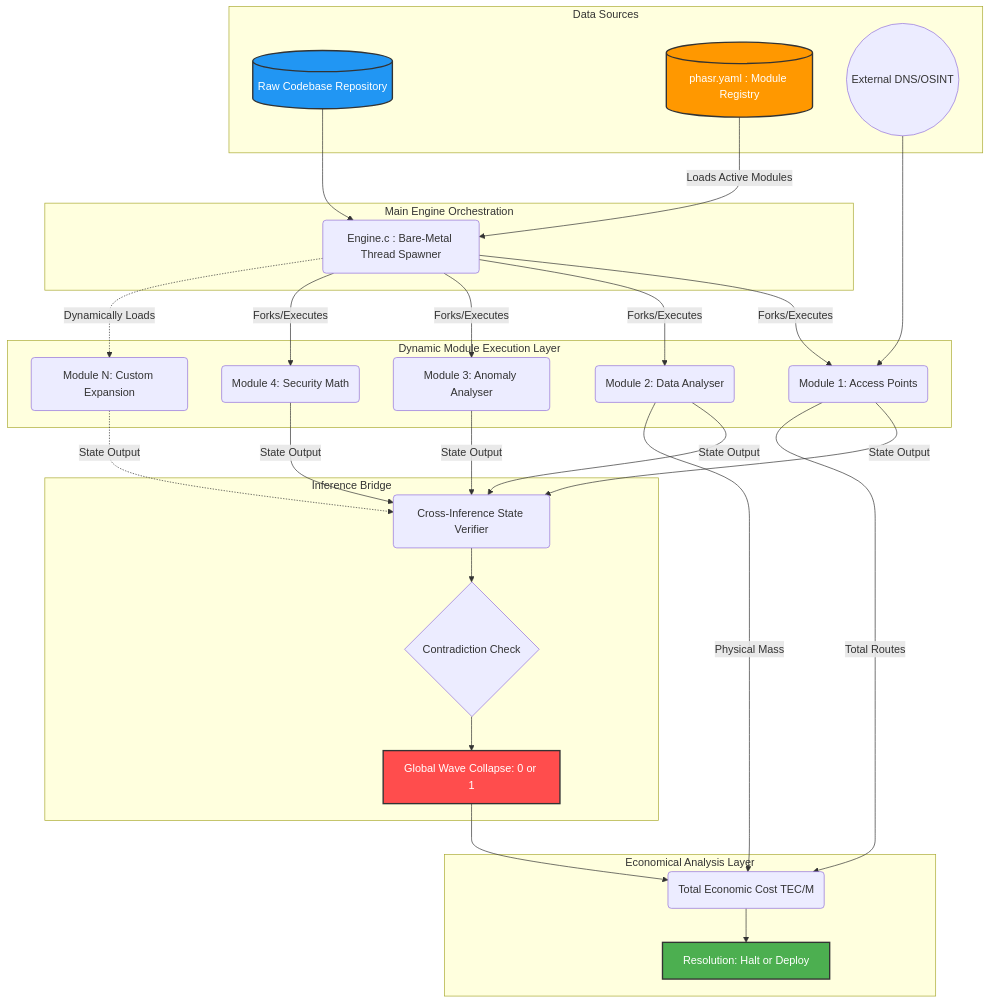
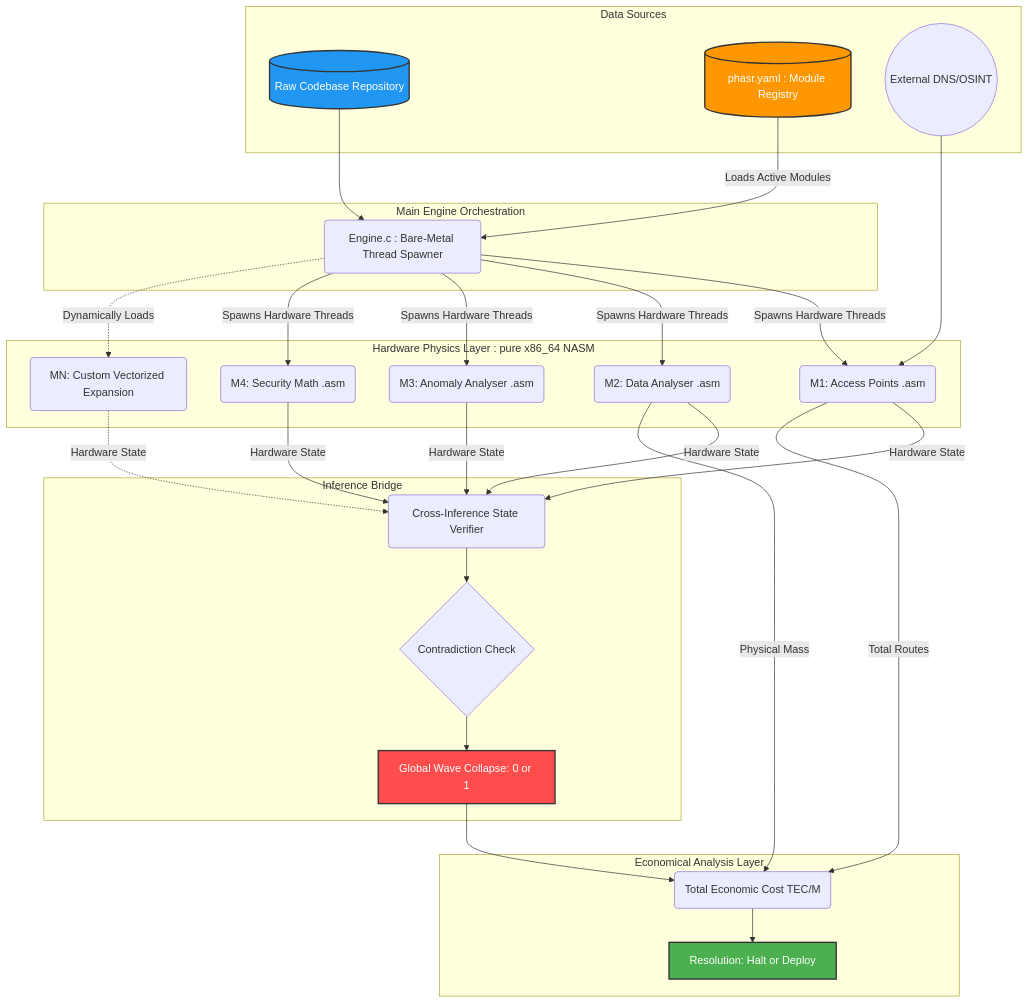
Before and after one commit to Zeo120/ZTL-Tech: the diagram in Documents/DataFlow_Architecture.md, drawn with Mermaid. The commit also changed other lines of this file, not shown here.

Commit message:
docs(phasr-model): update main architecture chart to reflect the x86_64 NASM hardware physics layer

````diff
--- a/Documents/DataFlow_Architecture.md
+++ b/Documents/DataFlow_Architecture.md
@@ -7,69 +7,69 @@
 ```mermaid
 graph TD
     %% Define Data Inputs
     subgraph Data_Ingestion [Data Sources]
         Codebase[(Raw Codebase Repository)]
         Manifest[(phasr.yaml : Module Registry)]
         Internet((External DNS/OSINT))
     end
 
     %% Dynamic Main Engine
     subgraph Core [Main Engine Orchestration]
         Engine(Engine.c : Bare-Metal Thread Spawner)
     end
 
     Manifest -->|Loads Active Modules| Engine
     Codebase --> Engine
 
-    %% Dynamic Module Execution Layer
-    subgraph Modules [Dynamic Module Execution Layer]
-        M1(Module 1: Access Points)
-        M2(Module 2: Data Analyser)
-        M3(Module 3: Anomaly Analyser)
-        M4(Module 4: Security Math)
-        MN(Module N: Custom Expansion)
+    %% Dynamic Assembly Execution Layer
+    subgraph Modules [Hardware Physics Layer : pure x86_64 NASM]
+        M1(M1: Access Points .asm)
+        M2(M2: Data Analyser .asm)
+        M3(M3: Anomaly Analyser .asm)
+        M4(M4: Security Math .asm)
+        MN(MN: Custom Vectorized Expansion)
     end
 
-    Engine -->|Forks/Executes| M1
-    Engine -->|Forks/Executes| M2
-    Engine -->|Forks/Executes| M3
-    Engine -->|Forks/Executes| M4
+    Engine -->|Spawns Hardware Threads| M1
+    Engine -->|Spawns Hardware Threads| M2
+    Engine -->|Spawns Hardware Threads| M3
+    Engine -->|Spawns Hardware Threads| M4
     Engine -.->|Dynamically Loads| MN
     
     Internet --> M1
 
     %% Orchestration / Hardware Bridge
     subgraph Bridge [Inference Bridge]
         CrossVerify(Cross-Inference State Verifier)
         ParanoiaCheck{Contradiction Check}
         WaveCollapse[Global Wave Collapse: 0 or 1]
     end
 
-    M1 -->|State Output| CrossVerify
-    M2 -->|State Output| CrossVerify
-    M3 -->|State Output| CrossVerify
-    M4 -->|State Output| CrossVerify
-    MN -.->|State Output| CrossVerify
+    M1 -->|Hardware State| CrossVerify
+    M2 -->|Hardware State| CrossVerify
+    M3 -->|Hardware State| CrossVerify
+    M4 -->|Hardware State| CrossVerify
+    MN -.->|Hardware State| CrossVerify
 
     CrossVerify --> ParanoiaCheck
     ParanoiaCheck --> WaveCollapse
 
     %% Business Logic / OCaml
     subgraph Econ [Economical Analysis Layer]
         TEC(Total Economic Cost TEC/M)
         DeployStatus[Resolution: Halt or Deploy]
     end
 
     %% Final Economic Routing
     WaveCollapse --> TEC
     M2 -->|Physical Mass| TEC
     M1 -->|Total Routes| TEC
     
     TEC --> DeployStatus
 
     %% Styling
     style WaveCollapse fill:#ff4d4d,stroke:#333,stroke-width:2px,color:#fff
     style DeployStatus fill:#4CAF50,stroke:#333,stroke-width:2px,color:#fff
     style Codebase fill:#2196F3,stroke:#333,stroke-width:2px,color:#fff
     style Manifest fill:#FF9800,stroke:#333,stroke-width:2px,color:#fff
 ```
````
